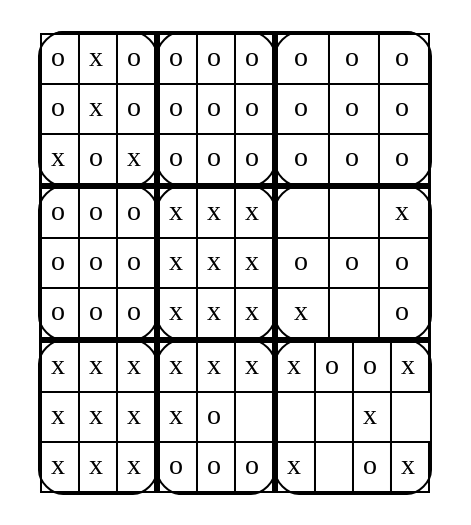
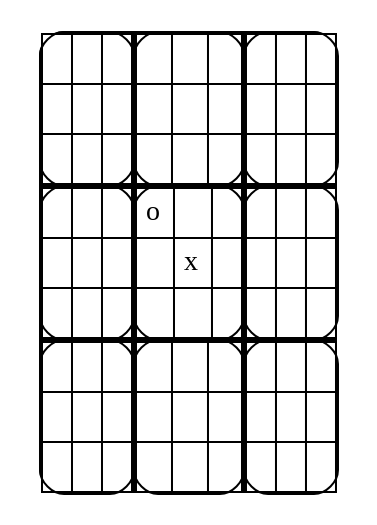
One commit to JetMagpie/FilRouge_Super_Morpion changed the diagram in output.dot. Above: the diagram before and after it, drawn with Graphviz. The commit also changed 9 other files, not shown here.

```diff
--- a/output.dot
+++ b/output.dot
@@ -1,177 +1,175 @@
 digraph super_morpion {
   node [shape=none];
   a0 [label=<
   <TABLE border="0" cellspacing="0" cellpadding="0" style="rounded" bgcolor="black">
     <TR>
       <TD><TABLE border="1" cellspacing="0" cellpadding="4" style="rounded" bgcolor="white">
   <TR>
-<TD bgcolor="white">o</TD>
-<TD bgcolor="white">x</TD>
-<TD bgcolor="white">o</TD>
+<TD bgcolor="white"> </TD>
+<TD bgcolor="white"> </TD>
+<TD bgcolor="white"> </TD>
   </TR>
   <TR>
-<TD bgcolor="white">o</TD>
-<TD bgcolor="white">x</TD>
-<TD bgcolor="white">o</TD>
+<TD bgcolor="white"> </TD>
+<TD bgcolor="white"> </TD>
+<TD bgcolor="white"> </TD>
   </TR>
   <TR>
-<TD bgcolor="white">x</TD>
-<TD bgcolor="white">o</TD>
-<TD bgcolor="white">x</TD>
+<TD bgcolor="white"> </TD>
+<TD bgcolor="white"> </TD>
+<TD bgcolor="white"> </TD>
   </TR>
 </TABLE>
 </TD>
       <TD><TABLE border="1" cellspacing="0" cellpadding="4" style="rounded" bgcolor="white">
   <TR>
-<TD bgcolor="white">o</TD>
-<TD bgcolor="white">o</TD>
-<TD bgcolor="white">o</TD>
+<TD bgcolor="white"> </TD>
+<TD bgcolor="white"> </TD>
+<TD bgcolor="white"> </TD>
   </TR>
   <TR>
-<TD bgcolor="white">o</TD>
-<TD bgcolor="white">o</TD>
-<TD bgcolor="white">o</TD>
+<TD bgcolor="white"> </TD>
+<TD bgcolor="white"> </TD>
+<TD bgcolor="white"> </TD>
   </TR>
   <TR>
-<TD bgcolor="white">o</TD>
-<TD bgcolor="white">o</TD>
-<TD bgcolor="white">o</TD>
+<TD bgcolor="white"> </TD>
+<TD bgcolor="white"> </TD>
+<TD bgcolor="white"> </TD>
   </TR>
 </TABLE>
 </TD>
       <TD><TABLE border="1" cellspacing="0" cellpadding="4" style="rounded" bgcolor="white">
   <TR>
-<TD bgcolor="white">o</TD>
-<TD bgcolor="white">o</TD>
-<TD bgcolor="white">o</TD>
+<TD bgcolor="white"> </TD>
+<TD bgcolor="white"> </TD>
+<TD bgcolor="white"> </TD>
   </TR>
   <TR>
-<TD bgcolor="white">o</TD>
-<TD bgcolor="white">o</TD>
-<TD bgcolor="white">o</TD>
+<TD bgcolor="white"> </TD>
+<TD bgcolor="white"> </TD>
+<TD bgcolor="white"> </TD>
   </TR>
   <TR>
-<TD bgcolor="white">o</TD>
-<TD bgcolor="white">o</TD>
-<TD bgcolor="white">o</TD>
+<TD bgcolor="white"> </TD>
+<TD bgcolor="white"> </TD>
+<TD bgcolor="white"> </TD>
   </TR>
 </TABLE>
 </TD>
     </TR>
     <TR>
       <TD><TABLE border="1" cellspacing="0" cellpadding="4" style="rounded" bgcolor="white">
   <TR>
-<TD bgcolor="white">o</TD>
-<TD bgcolor="white">o</TD>
-<TD bgcolor="white">o</TD>
+<TD bgcolor="white"> </TD>
+<TD bgcolor="white"> </TD>
+<TD bgcolor="white"> </TD>
   </TR>
   <TR>
-<TD bgcolor="white">o</TD>
-<TD bgcolor="white">o</TD>
-<TD bgcolor="white">o</TD>
+<TD bgcolor="white"> </TD>
+<TD bgcolor="white"> </TD>
+<TD bgcolor="white"> </TD>
   </TR>
   <TR>
-<TD bgcolor="white">o</TD>
-<TD bgcolor="white">o</TD>
-<TD bgcolor="white">o</TD>
+<TD bgcolor="white"> </TD>
+<TD bgcolor="white"> </TD>
+<TD bgcolor="white"> </TD>
   </TR>
 </TABLE>
 </TD>
       <TD><TABLE border="1" cellspacing="0" cellpadding="4" style="rounded" bgcolor="white">
   <TR>
-<TD bgcolor="white">x</TD>
-<TD bgcolor="white">x</TD>
-<TD bgcolor="white">x</TD>
+<TD bgcolor="white">o</TD>
+<TD bgcolor="white"> </TD>
+<TD bgcolor="white"> </TD>
   </TR>
   <TR>
+<TD bgcolor="white"> </TD>
 <TD bgcolor="white">x</TD>
-<TD bgcolor="white">x</TD>
-<TD bgcolor="white">x</TD>
+<TD bgcolor="white"> </TD>
   </TR>
   <TR>
-<TD bgcolor="white">x</TD>
-<TD bgcolor="white">x</TD>
-<TD bgcolor="white">x</TD>
+<TD bgcolor="white"> </TD>
+<TD bgcolor="white"> </TD>
+<TD bgcolor="white"> </TD>
   </TR>
 </TABLE>
 </TD>
       <TD><TABLE border="1" cellspacing="0" cellpadding="4" style="rounded" bgcolor="white">
   <TR>
 <TD bgcolor="white"> </TD>
 <TD bgcolor="white"> </TD>
-<TD bgcolor="white">x</TD>
+<TD bgcolor="white"> </TD>
   </TR>
   <TR>
-<TD bgcolor="white">o</TD>
-<TD bgcolor="white">o</TD>
-<TD bgcolor="white">o</TD>
+<TD bgcolor="white"> </TD>
+<TD bgcolor="white"> </TD>
+<TD bgcolor="white"> </TD>
   </TR>
   <TR>
-<TD bgcolor="white">x</TD>
 <TD bgcolor="white"> </TD>
-<TD bgcolor="white">o</TD>
+<TD bgcolor="white"> </TD>
+<TD bgcolor="white"> </TD>
   </TR>
 </TABLE>
 </TD>
     </TR>
     <TR>
       <TD><TABLE border="1" cellspacing="0" cellpadding="4" style="rounded" bgcolor="white">
   <TR>
-<TD bgcolor="white">x</TD>
-<TD bgcolor="white">x</TD>
-<TD bgcolor="white">x</TD>
+<TD bgcolor="white"> </TD>
+<TD bgcolor="white"> </TD>
+<TD bgcolor="white"> </TD>
   </TR>
   <TR>
-<TD bgcolor="white">x</TD>
-<TD bgcolor="white">x</TD>
-<TD bgcolor="white">x</TD>
+<TD bgcolor="white"> </TD>
+<TD bgcolor="white"> </TD>
+<TD bgcolor="white"> </TD>
   </TR>
   <TR>
-<TD bgcolor="white">x</TD>
-<TD bgcolor="white">x</TD>
-<TD bgcolor="white">x</TD>
+<TD bgcolor="white"> </TD>
+<TD bgcolor="white"> </TD>
+<TD bgcolor="white"> </TD>
   </TR>
 </TABLE>
 </TD>
       <TD><TABLE border="1" cellspacing="0" cellpadding="4" style="rounded" bgcolor="white">
   <TR>
-<TD bgcolor="white">x</TD>
-<TD bgcolor="white">x</TD>
-<TD bgcolor="white">x</TD>
-  </TR>
-  <TR>
-<TD bgcolor="white">x</TD>
-<TD bgcolor="white">o</TD>
+<TD bgcolor="white"> </TD>
+<TD bgcolor="white"> </TD>
 <TD bgcolor="white"> </TD>
   </TR>
   <TR>
-<TD bgcolor="white">o</TD>
-<TD bgcolor="white">o</TD>
-<TD bgcolor="white">o</TD>
+<TD bgcolor="white"> </TD>
+<TD bgcolor="white"> </TD>
+<TD bgcolor="white"> </TD>
+  </TR>
+  <TR>
+<TD bgcolor="white"> </TD>
+<TD bgcolor="white"> </TD>
+<TD bgcolor="white"> </TD>
   </TR>
 </TABLE>
 </TD>
       <TD><TABLE border="1" cellspacing="0" cellpadding="4" style="rounded" bgcolor="white">
   <TR>
-<TD bgcolor="white">x</TD>
-<TD bgcolor="white">o</TD>
-<TD bgcolor="white">o</TD>
-<TD bgcolor="white">x</TD>
+<TD bgcolor="white"> </TD>
+<TD bgcolor="white"> </TD>
+<TD bgcolor="white"> </TD>
   </TR>
   <TR>
 <TD bgcolor="white"> </TD>
 <TD bgcolor="white"> </TD>
-<TD bgcolor="white">x</TD>
+<TD bgcolor="white"> </TD>
   </TR>
   <TR>
-<TD bgcolor="white">x</TD>
 <TD bgcolor="white"> </TD>
-<TD bgcolor="white">o</TD>
-<TD bgcolor="white">x</TD>
+<TD bgcolor="white"> </TD>
+<TD bgcolor="white"> </TD>
   </TR>
 </TABLE>
 </TD>
     </TR>
   </TABLE>
   >];
 }
```
